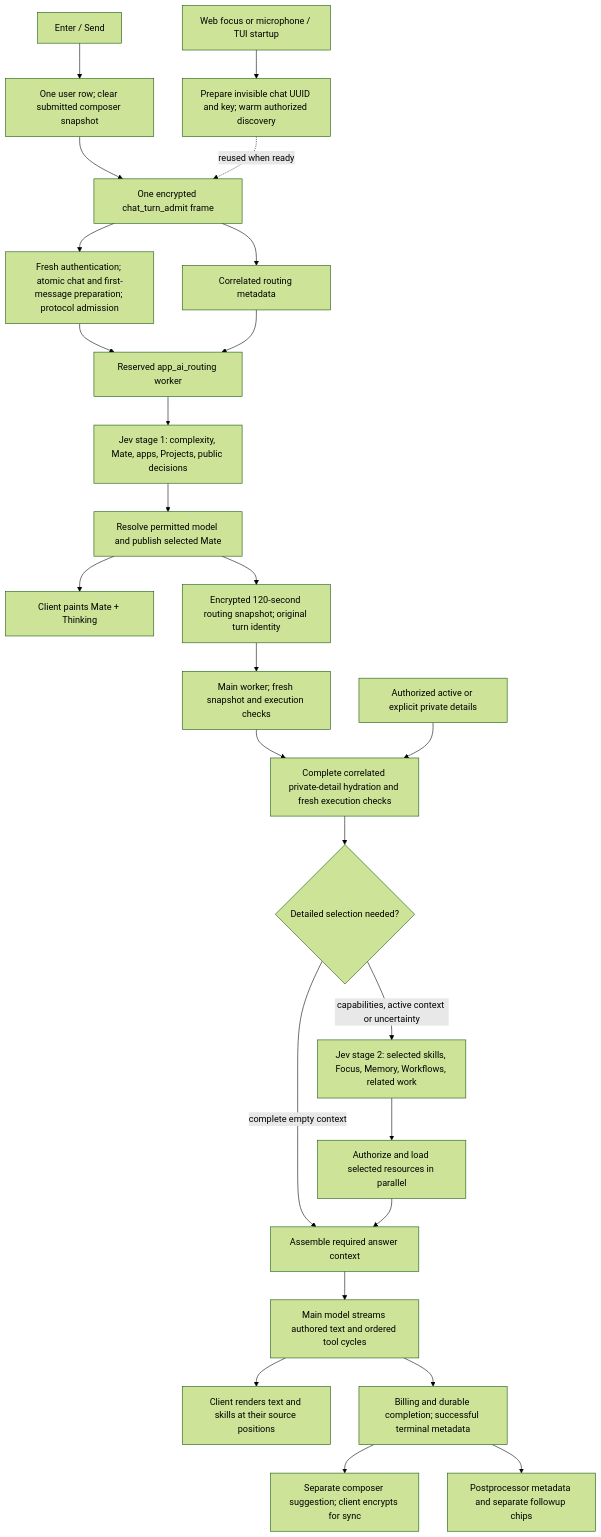
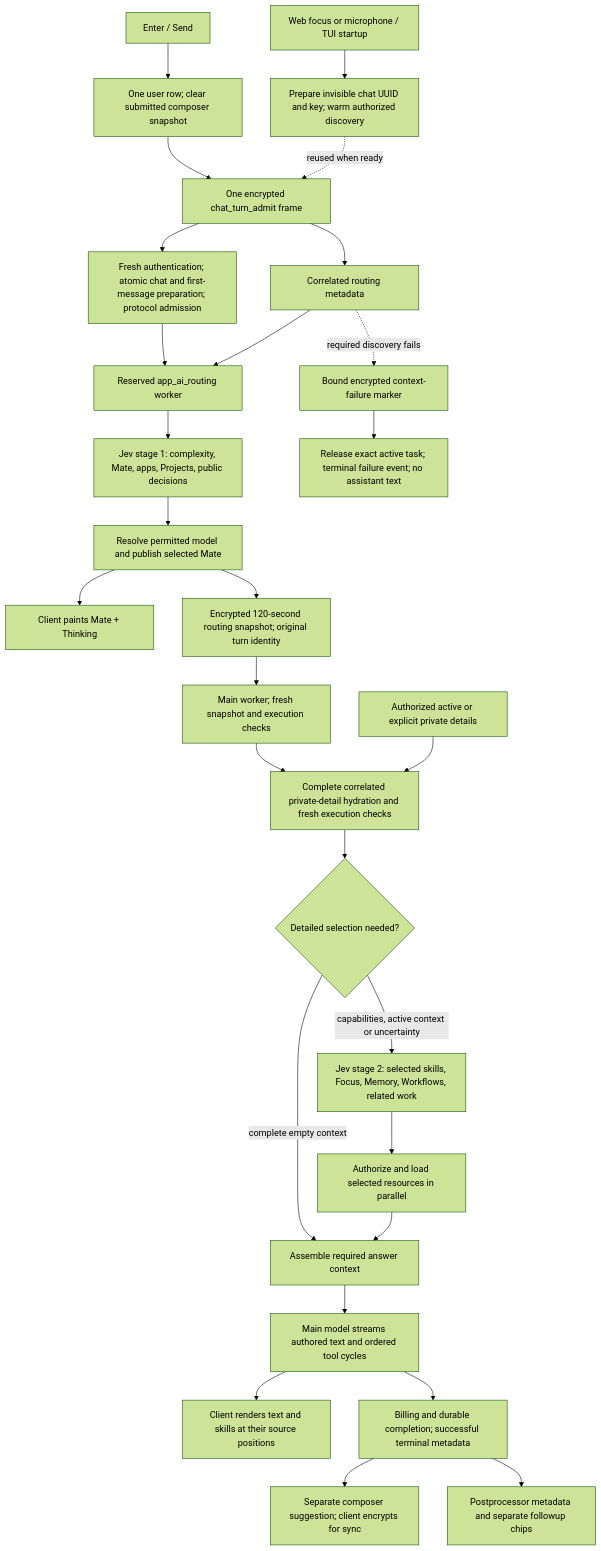
The first of 6 diagrams in docs/plans/chat-latency-improvements/implemented-flow.md (glowingkitty/OpenMates), drawn with Mermaid (forest theme) before and after one commit. The commit also changed other lines of this file and 29 other files, not shown here.

````diff
--- a/docs/plans/chat-latency-improvements/implemented-flow.md
+++ b/docs/plans/chat-latency-improvements/implemented-flow.md
@@ -5,28 +5,30 @@
 ```mermaid
 flowchart TD
   Focus[Web focus or microphone / TUI startup] --> Prepare[Prepare invisible chat UUID and key; warm authorized discovery]
   Send[Enter / Send] --> Optimistic[One user row; clear submitted composer snapshot]
   Optimistic --> Admit[One encrypted chat_turn_admit frame]
   Admit --> Durable[Fresh authentication; atomic chat and first-message preparation; protocol admission]
   Prepare -. reused when ready .-> Admit
   Durable --> Router[Reserved app_ai_routing worker]
   Admit --> Headers[Correlated routing metadata]
   Headers --> Router
+  Headers -. required discovery fails .-> Failure[Bound encrypted context-failure marker]
+  Failure --> End[Release exact active task; terminal failure event; no assistant text]
   Router --> Stage1[Jev stage 1: complexity, Mate, apps, Projects, public decisions]
   Stage1 --> Resolve[Resolve permitted model and publish selected Mate]
   Resolve --> Paint[Client paints Mate + Thinking]
   Resolve --> Handoff[Encrypted 120-second routing snapshot; original turn identity]
   Handoff --> MainQueue[Main worker; fresh snapshot and execution checks]
   MainQueue --> Complete[Complete correlated private-detail hydration and fresh execution checks]
   Complete --> Need{Detailed selection needed?}
   Need -- complete empty context --> Minimal[Assemble required answer context]
   Need -- capabilities, active context or uncertainty --> Stage2[Jev stage 2: selected skills, Focus, Memory, Workflows, related work]
   Details[Authorized active or explicit private details] --> Complete
   Stage2 --> Hydrate[Authorize and load selected resources in parallel]
   Hydrate --> Minimal
   Minimal --> Main[Main model streams authored text and ordered tool cycles]
   Main --> Output[Client renders text and skills at their source positions]
   Main --> Final[Billing and durable completion; successful terminal metadata]
   Final --> Ghost[Separate composer suggestion; client encrypts for sync]
   Final --> Post[Postprocessor metadata and separate followup chips]
 ```
````
